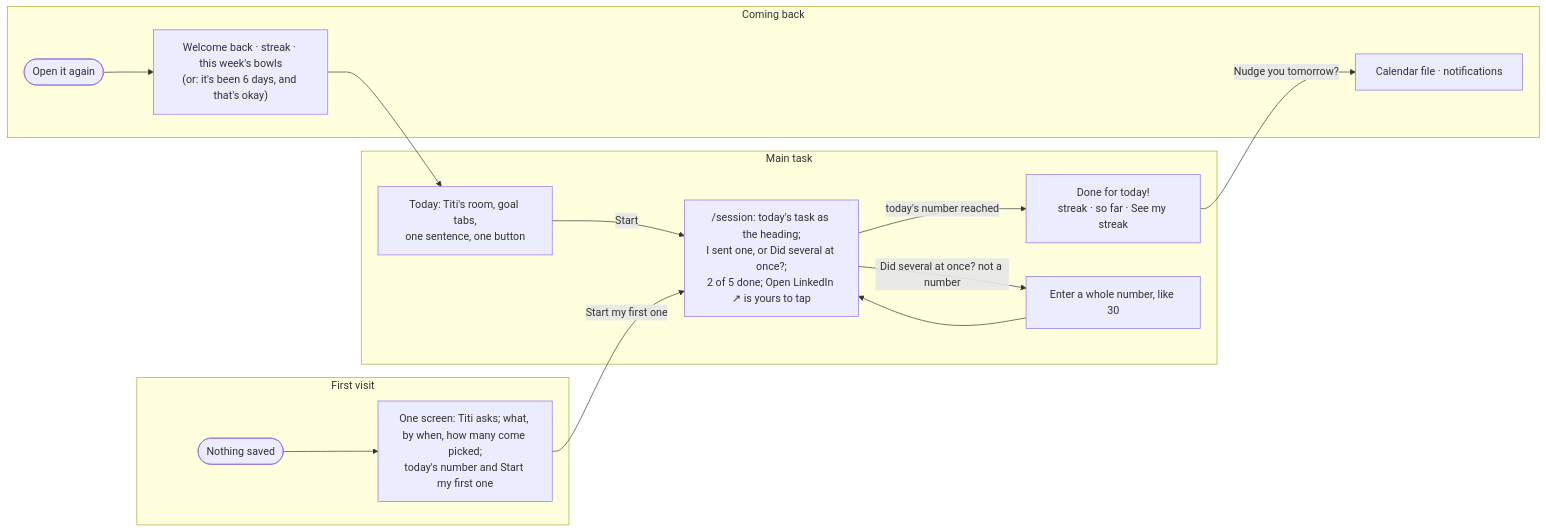
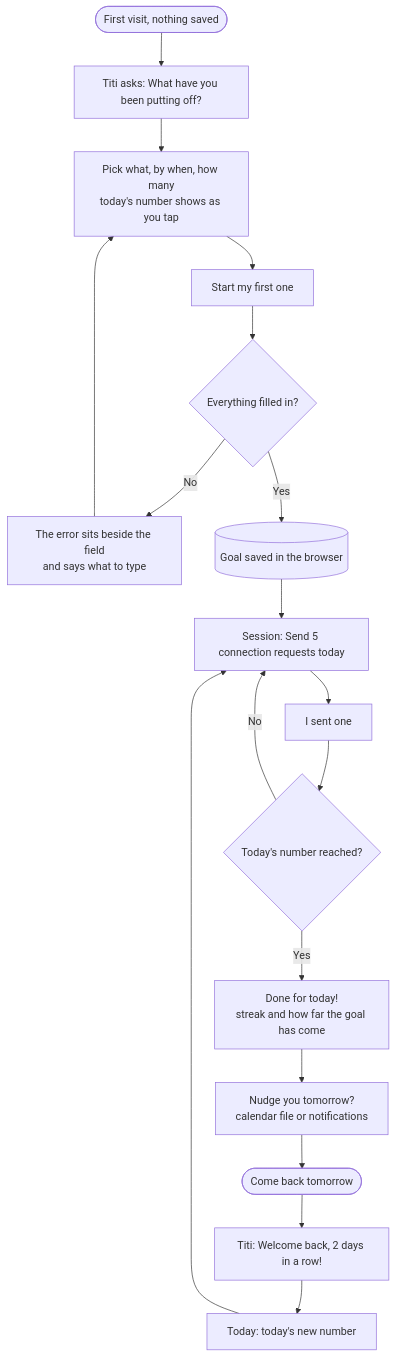
The diagram in README.md (jessieyiqichen/dbs-a3), drawn with Mermaid before and after one commit. The commit also changed 2 other files, not shown here.

Commit message:
docs: detailed flow diagrams with decisions, error loops and the save step; one overview of the whole loop

````diff
--- a/README.md
+++ b/README.md
@@ -20,15 +20,19 @@
 ```mermaid
-flowchart LR
-    subgraph first [First visit]
-        A([Nothing saved]) --> PL["One screen: Titi asks; what, by when, how many come picked;\ntoday's number and Start my first one"]
-    end
-    subgraph main [Main task]
-        T["Today: Titi's room, goal tabs,\none sentence, one button"] -->|Start| S["/session: today's task as the heading;\nI sent one, or Did several at once?;\n2 of 5 done; Open LinkedIn ↗ is yours to tap"] -->|today's number reached| D["Done for today!\nstreak · so far · See my streak"]
-        S -->|Did several at once? not a number| E["Enter a whole number, like 30"] --> S
-    end
-    subgraph back [Coming back]
-        C([Open it again]) --> K["Welcome back · streak · this week's bowls\n(or: it's been 6 days, and that's okay)"] --> T
-        D -->|Nudge you tomorrow?| N["Calendar file · notifications"]
-    end
-    PL -->|Start my first one| S
+flowchart TD
+    A([First visit, nothing saved]) --> P[Titi asks: What have you been putting off?]
+    P --> PK[Pick what, by when, how many<br>today's number shows as you tap]
+    PK --> ST[Start my first one]
+    ST --> V{Everything filled in?}
+    V -->|No| E[The error sits beside the field<br>and says what to type] --> PK
+    V -->|Yes| SV[(Goal saved in the browser)]
+    SV --> S[Session: Send 5 connection requests today]
+    S --> I[I sent one]
+    I --> R{Today's number reached?}
+    R -->|No| S
+    R -->|Yes| D[Done for today!<br>streak and how far the goal has come]
+    D --> N[Nudge you tomorrow?<br>calendar file or notifications]
+    N --> CB([Come back tomorrow])
+    CB --> W[Titi: Welcome back, 2 days in a row!]
+    W --> T[Today: today's new number]
+    T --> S
 ```
````
